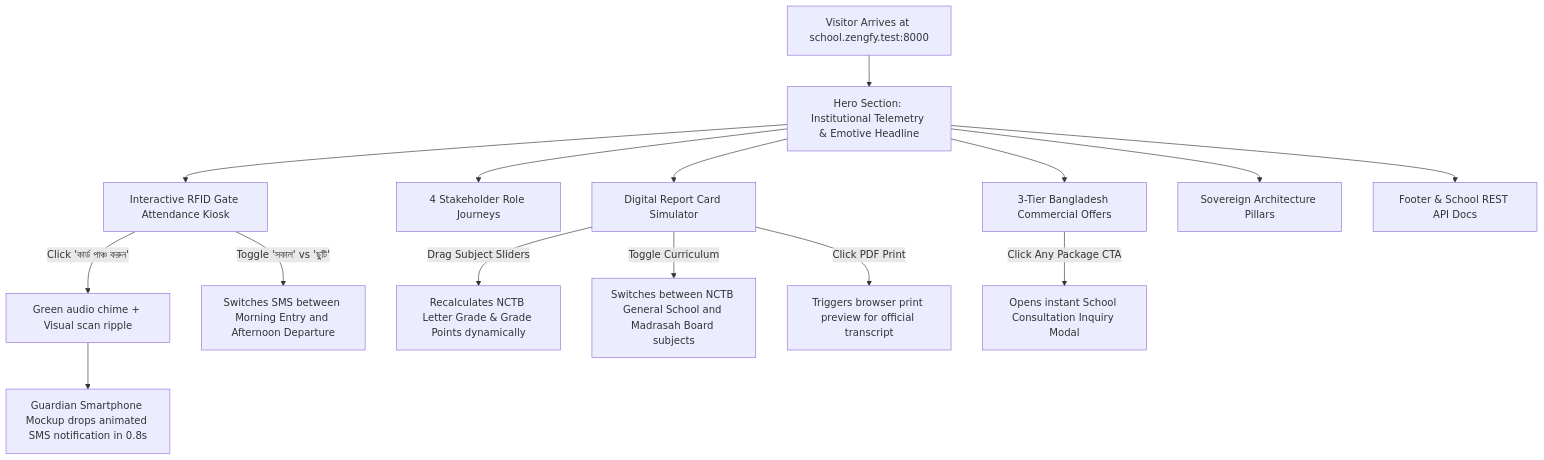
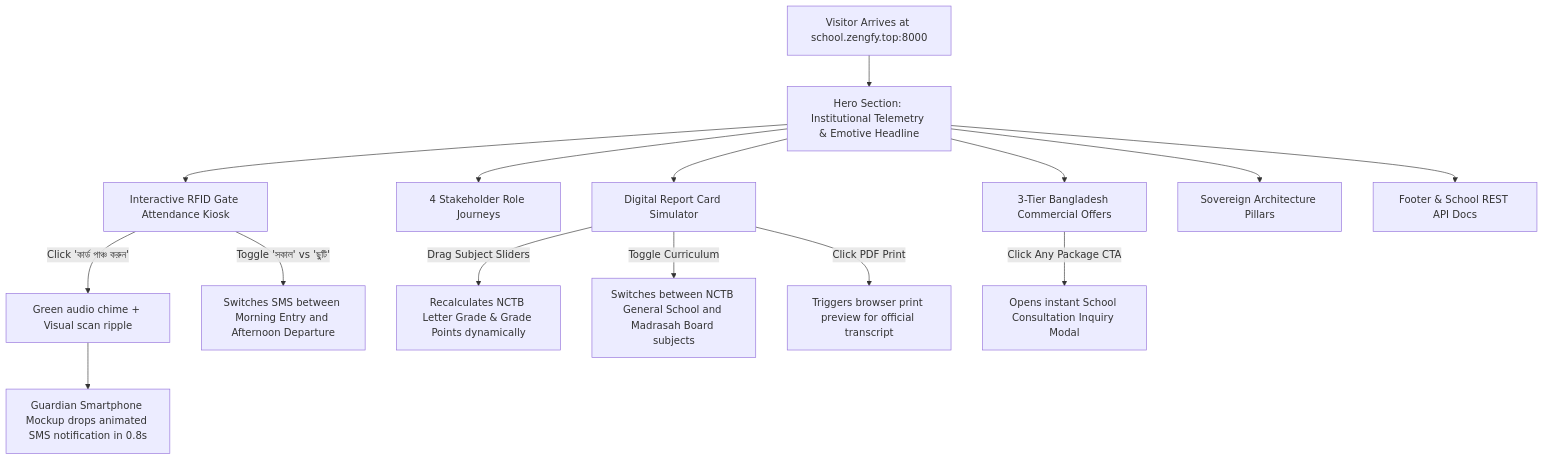
The third of 3 diagrams in docs/antigravity/documents/3_App_flow.md (diusazzad/zengfy), drawn with Mermaid before and after one commit. The commit also changed other lines of this file and 91 other files, not shown here.

Commit message:
change test to top

````diff
--- a/docs/antigravity/documents/3_App_flow.md
+++ b/docs/antigravity/documents/3_App_flow.md
@@ -110,23 +110,23 @@
 ```mermaid
 graph TD
-    A[Visitor Arrives at school.zengfy.test:8000] --> B[Hero Section: Institutional Telemetry & Emotive Headline]
+    A[Visitor Arrives at school.zengfy.top:8000] --> B[Hero Section: Institutional Telemetry & Emotive Headline]
     B --> C[Interactive RFID Gate Attendance Kiosk]
     B --> D[4 Stakeholder Role Journeys]
     B --> E[Digital Report Card Simulator]
     B --> F[3-Tier Bangladesh Commercial Offers]
     B --> G[Sovereign Architecture Pillars]
     B --> H[Footer & School REST API Docs]
 
     %% RFID Simulator Actions
     C -->|Click 'কার্ড পাঞ্চ করুন'| I[Green audio chime + Visual scan ripple]
     I --> J[Guardian Smartphone Mockup drops animated SMS notification in 0.8s]
     C -->|Toggle 'সকাল' vs 'ছুটি'| K[Switches SMS between Morning Entry and Afternoon Departure]
 
     %% Grading Simulator Actions
     E -->|Drag Subject Sliders| L[Recalculates NCTB Letter Grade & Grade Points dynamically]
     E -->|Toggle Curriculum| M[Switches between NCTB General School and Madrasah Board subjects]
     E -->|Click PDF Print| N[Triggers browser print preview for official transcript]
 
     %% Pricing Actions
     F -->|Click Any Package CTA| O[Opens instant School Consultation Inquiry Modal]
 ```
````
